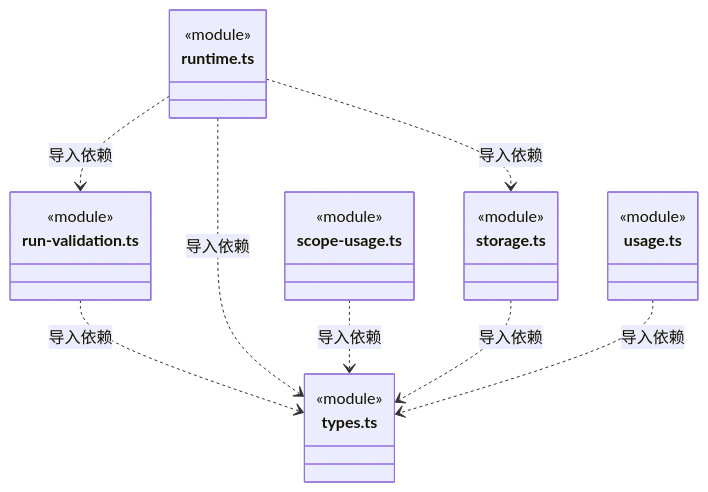
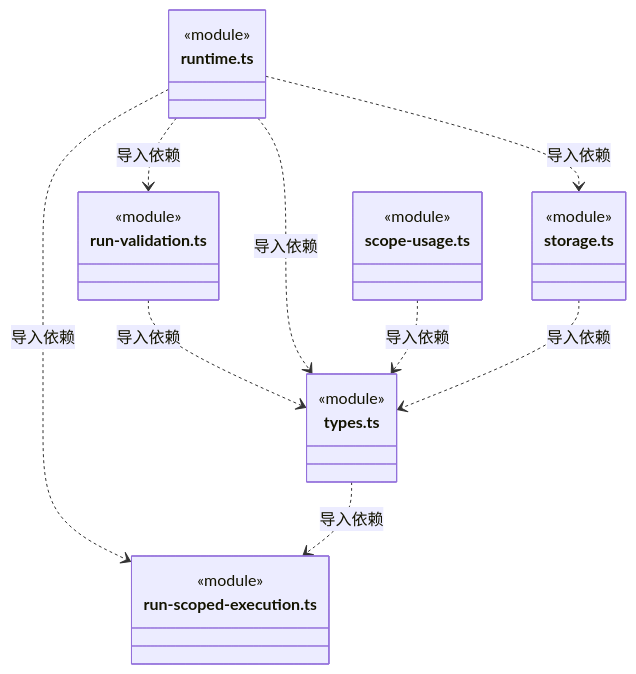
Before and after one commit to nan023062/cbim: the third of 12 diagrams in src/backend/core/brain/ARCHITECTURE.md, drawn with Mermaid. The commit also changed other lines of this file and 58 other files, not shown here.

Commit message:
feat: enforce scoped member file and Node execution

````diff
--- a/src/backend/core/brain/ARCHITECTURE.md
+++ b/src/backend/core/brain/ARCHITECTURE.md
@@ -85,28 +86,29 @@
 ```mermaid
 classDiagram
+class N_src_backend_core_brain_run_scoped_execution_ts["run-scoped-execution.ts"] {
+  <<module>>
+}
 class N_src_backend_core_brain_run_validation_ts["run-validation.ts"] {
   <<module>>
 }
 class N_src_backend_core_brain_runtime_ts["runtime.ts"] {
   <<module>>
 }
 class N_src_backend_core_brain_scope_usage_ts["scope-usage.ts"] {
   <<module>>
 }
 class N_src_backend_core_brain_storage_ts["storage.ts"] {
   <<module>>
 }
 class N_src_backend_core_brain_types_ts["types.ts"] {
   <<module>>
 }
-class N_src_backend_core_brain_usage_ts["usage.ts"] {
-  <<module>>
-}
 N_src_backend_core_brain_run_validation_ts ..> N_src_backend_core_brain_types_ts : 导入依赖
 N_src_backend_core_brain_runtime_ts ..> N_src_backend_core_brain_storage_ts : 导入依赖
 N_src_backend_core_brain_runtime_ts ..> N_src_backend_core_brain_run_validation_ts : 导入依赖
+N_src_backend_core_brain_runtime_ts ..> N_src_backend_core_brain_run_scoped_execution_ts : 导入依赖
 N_src_backend_core_brain_runtime_ts ..> N_src_backend_core_brain_types_ts : 导入依赖
 N_src_backend_core_brain_scope_usage_ts ..> N_src_backend_core_brain_types_ts : 导入依赖
 N_src_backend_core_brain_storage_ts ..> N_src_backend_core_brain_types_ts : 导入依赖
-N_src_backend_core_brain_usage_ts ..> N_src_backend_core_brain_types_ts : 导入依赖
+N_src_backend_core_brain_types_ts ..> N_src_backend_core_brain_run_scoped_execution_ts : 导入依赖
 ```
````
